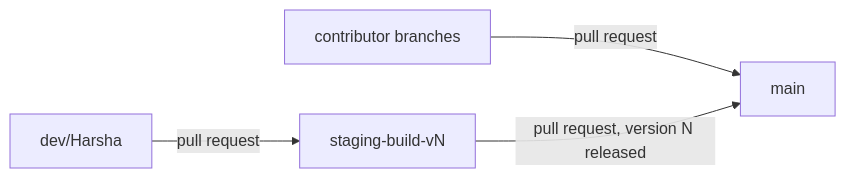
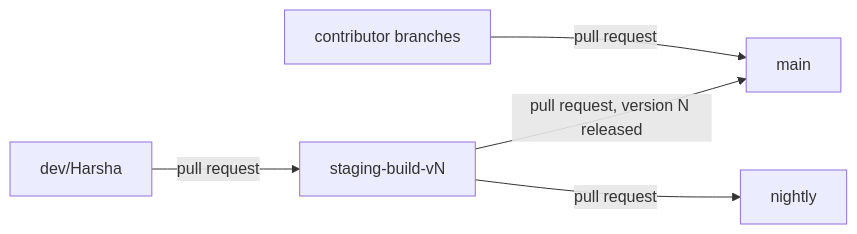
Before and after one commit to igharsha7/Burnline-AI-Usage-Tracker: the diagram in docs/development.md, drawn with Mermaid. The commit also changed other lines of this file and 40 other files, not shown here.

````diff
--- a/docs/development.md
+++ b/docs/development.md
@@ -211,6 +215,7 @@
 ```mermaid
 flowchart LR
     C["contributor branches"] -->|pull request| M["main"]
     D["dev/Harsha"] -->|pull request| S["staging-build-vN"]
+    S -->|pull request| N["nightly"]
     S -->|pull request, version N released| M
 ```
````
